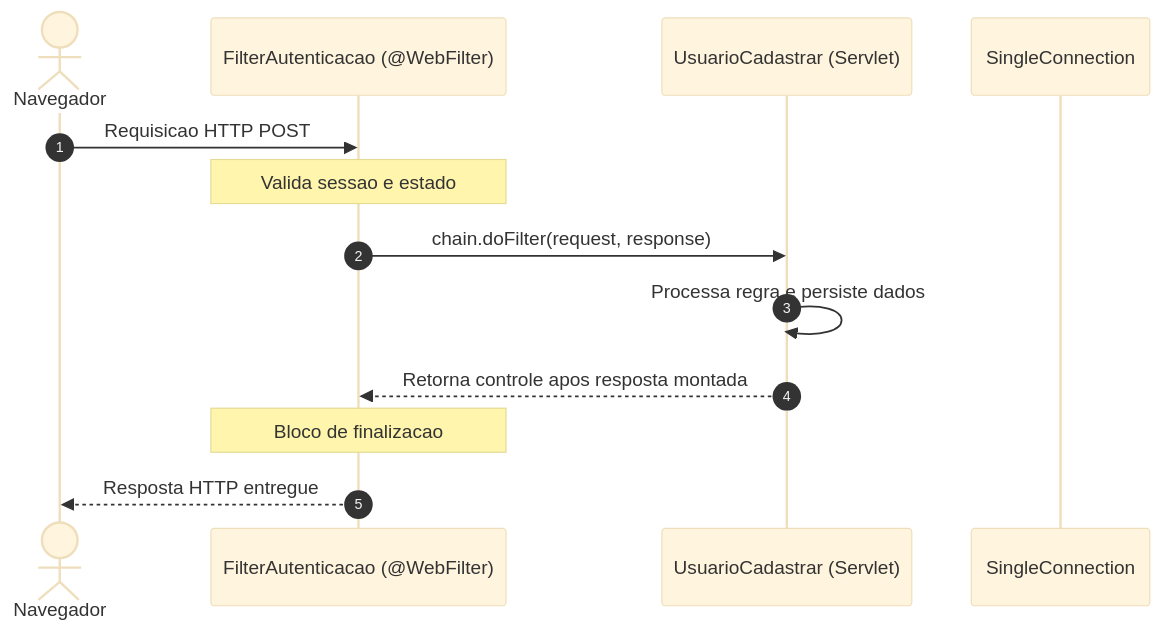
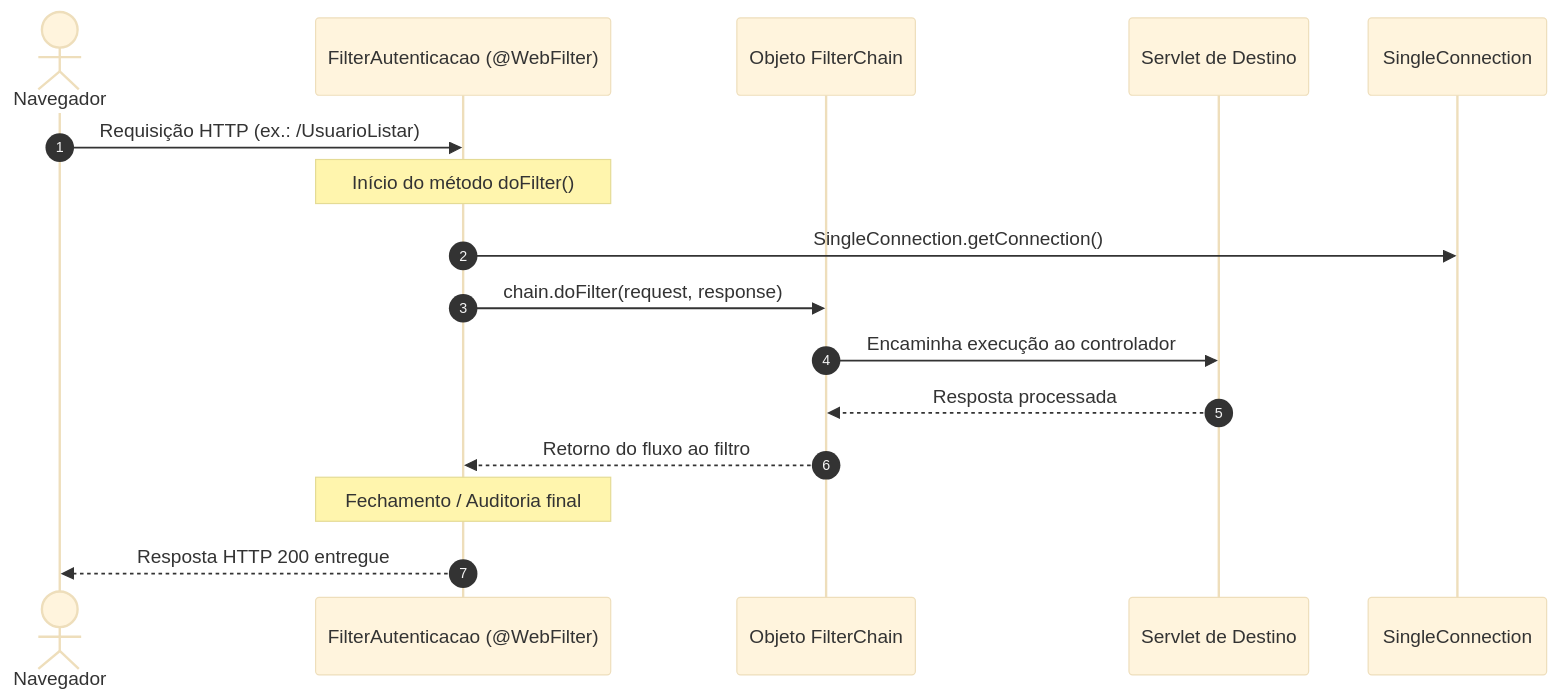
Before and after one commit to murilolol/unifef: the tenth of 19 diagrams in 3º Semestre/[Prof. Jefferson Passerini] Laboratório de Programação III/Resumos-IA/Caderno-Consolidado.md, drawn with Mermaid (base theme). The commit also changed other lines of this file and 25 other files, not shown here.

````diff
--- a/3º Semestre/[Prof. Jefferson Passerini] Laboratório de Programação III/Resumos-IA/Caderno-Consolidado.md
+++ b/3º Semestre/[Prof. Jefferson Passerini] Laboratório de Programação III/Resumos-IA/Caderno-Consolidado.md
@@ -961,16 +624,19 @@
 ```mermaid
 sequenceDiagram
     autonumber
-    actor Navegador
+    actor Cliente as Navegador
     participant Filter as FilterAutenticacao (@WebFilter)
-    participant Servlet as UsuarioCadastrar (Servlet)
-    participant SingleConn as SingleConnection
+    participant Chain as Objeto FilterChain
+    participant Servlet as Servlet de Destino
+    participant Conn as SingleConnection
 
-    Navegador->>Filter: Requisicao HTTP POST
-    Note over Filter: Valida sessao e estado
-    Filter->>Servlet: chain.doFilter(request, response)
-    Servlet->>Servlet: Processa regra e persiste dados
-    Servlet-->>Filter: Retorna controle apos resposta montada
-    Note over Filter: Bloco de finalizacao
-    Filter-->>Navegador: Resposta HTTP entregue
+    Cliente->>Filter: Requisição HTTP (ex.: /UsuarioListar)
+    Note over Filter: Início do método doFilter()
+    Filter->>Conn: SingleConnection.getConnection()
+    Filter->>Chain: chain.doFilter(request, response)
+    Chain->>Servlet: Encaminha execução ao controlador
+    Servlet-->>Chain: Resposta processada
+    Chain-->>Filter: Retorno do fluxo ao filtro
+    Note over Filter: Fechamento / Auditoria final
+    Filter-->>Cliente: Resposta HTTP 200 entregue
 ```
````
